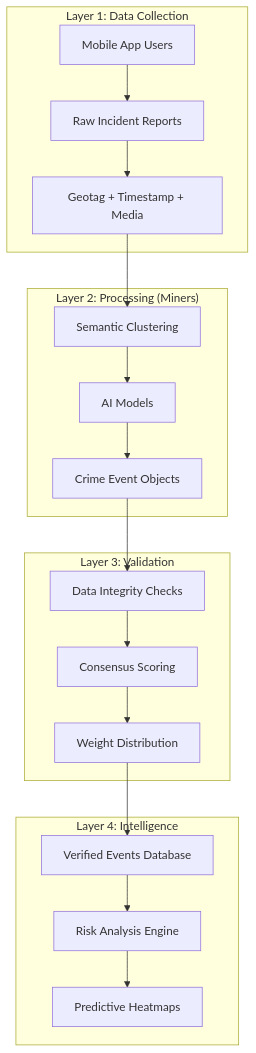
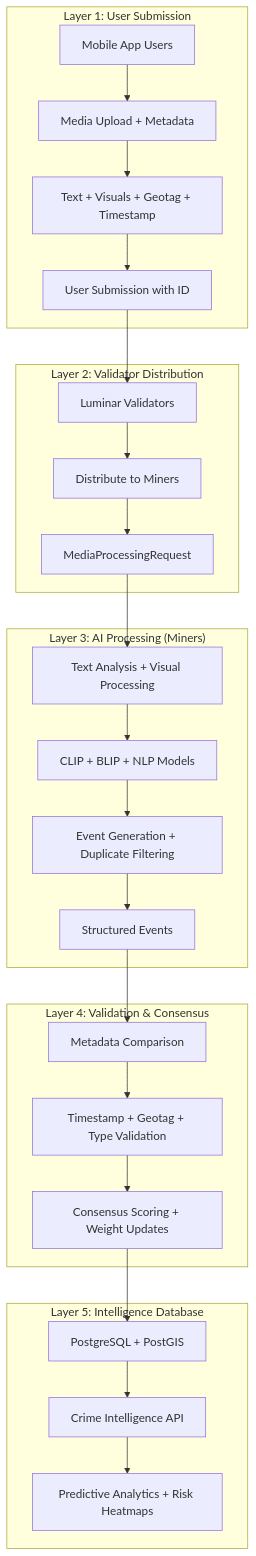
One commit to Luminar-Network/LUM-subnet changed the diagram in README.md. Above: the diagram before and after it, drawn with Mermaid. The commit also changed other lines of this file, not shown here.

Commit message:
Update README with platform image and enhanced architecture overview

````diff
--- a/README.md
+++ b/README.md
@@ -67,25 +69,33 @@
 ```mermaid
 graph TB
-    subgraph "Layer 1: Data Collection"
-        A[Mobile App Users] --> B[Raw Incident Reports]
-        B --> C[Geotag + Timestamp + Media]
+    subgraph "Layer 1: User Submission"
+        A[Mobile App Users] --> B[Media Upload + Metadata]
+        B --> C[Text + Visuals + Geotag + Timestamp]
+        C --> D[User Submission with ID]
     end
     
-    subgraph "Layer 2: Processing (Miners)"
-        D[Semantic Clustering] --> E[AI Models]
-        E --> F[Crime Event Objects]
-        C --> D
+    subgraph "Layer 2: Validator Distribution"
+        D --> E[Luminar Validators]
+        E --> F[Distribute to Miners]
+        F --> G[MediaProcessingRequest]
     end
     
-    subgraph "Layer 3: Validation"
-        G[Data Integrity Checks] --> H[Consensus Scoring]
-        H --> I[Weight Distribution]
-        F --> G
+    subgraph "Layer 3: AI Processing (Miners)"
+        G --> H[Text Analysis + Visual Processing]
+        H --> I[CLIP + BLIP + NLP Models]
+        I --> J[Event Generation + Duplicate Filtering]
+        J --> K[Structured Events]
     end
     
-    subgraph "Layer 4: Intelligence"
-        J[Verified Events Database] --> K[Risk Analysis Engine]
-        K --> L[Predictive Heatmaps]
-        I --> J
+    subgraph "Layer 4: Validation & Consensus"
+        K --> L[Metadata Comparison]
+        L --> M[Timestamp + Geotag + Type Validation]
+        M --> N[Consensus Scoring + Weight Updates]
+    end
+    
+    subgraph "Layer 5: Intelligence Database"
+        N --> O[PostgreSQL + PostGIS]
+        O --> P[Crime Intelligence API]
+        P --> Q[Predictive Analytics + Risk Heatmaps]
     end
 ```
````
